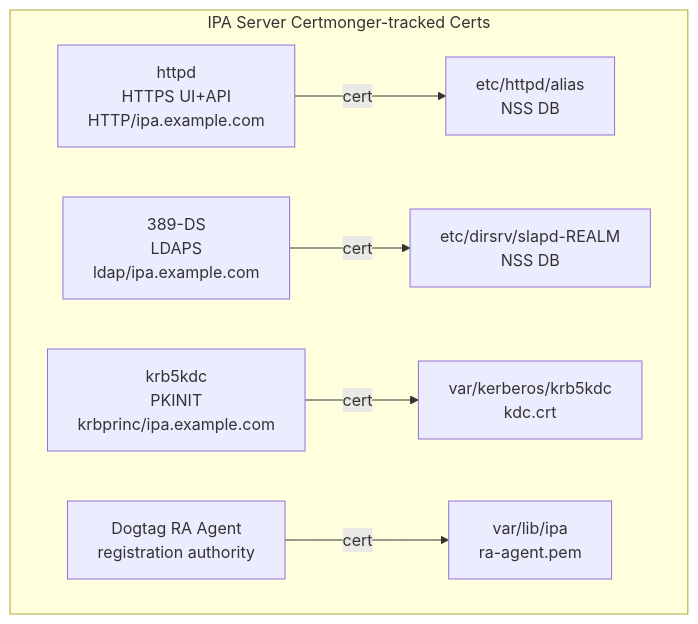
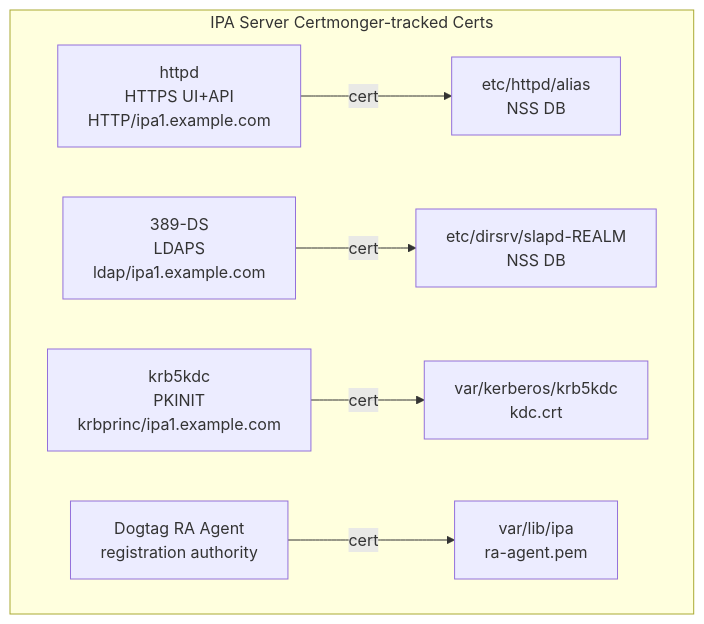
The ninth of 9 diagrams in 09_certificate_management_fundamentals.md (UncleJS/course_FreeIPA), drawn with Mermaid before and after one commit. The commit also changed other lines of this file and 22 other files, not shown here.

````diff
--- a/09_certificate_management_fundamentals.md
+++ b/09_certificate_management_fundamentals.md
@@ -498,9 +498,9 @@
 ```mermaid
 graph TD
     subgraph "IPA Server Certmonger-tracked Certs"
-        H["httpd\nHTTPS UI+API\nHTTP/ipa.example.com"] -->|cert| HC["etc/httpd/alias\nNSS DB"]
-        L["389-DS\nLDAPS\nldap/ipa.example.com"] -->|cert| LC["etc/dirsrv/slapd-REALM\nNSS DB"]
-        K["krb5kdc\nPKINIT\nkrbprinc/ipa.example.com"] -->|cert| KC["var/kerberos/krb5kdc\nkdc.crt"]
+        H["httpd\nHTTPS UI+API\nHTTP/ipa1.example.com"] -->|cert| HC["etc/httpd/alias\nNSS DB"]
+        L["389-DS\nLDAPS\nldap/ipa1.example.com"] -->|cert| LC["etc/dirsrv/slapd-REALM\nNSS DB"]
+        K["krb5kdc\nPKINIT\nkrbprinc/ipa1.example.com"] -->|cert| KC["var/kerberos/krb5kdc\nkdc.crt"]
         R["Dogtag RA Agent\nregistration authority"] -->|cert| RC["var/lib/ipa\nra-agent.pem"]
     end
 ```
````
